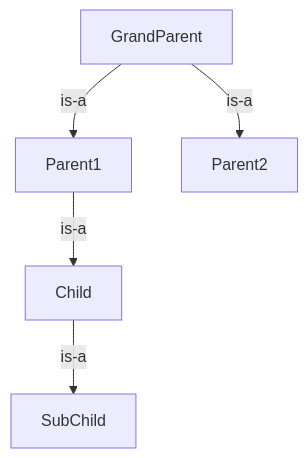
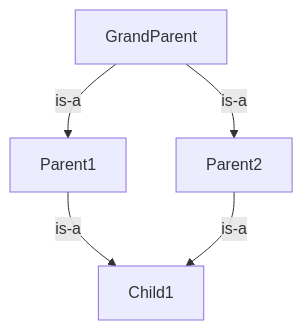
One commit to chanduujjina/JSE_Practice_2025_B1 changed the fifth of 5 diagrams in TypesOfInheritance.md. Above: the diagram before and after it, drawn with Mermaid.

````diff
--- a/TypesOfInheritance.md
+++ b/TypesOfInheritance.md
@@ -38,8 +38,8 @@
 ```mermaid
 graph TD;
     GrandParent-->|is-a|Parent1;
     GrandParent-->|is-a|Parent2;
-    Parent1-->|is-a|Child
-    Child-->|is-a|SubChild
+    Parent1-->|is-a|Child1
+    Parent2-->|is-a|Child1
     
 ```
````
